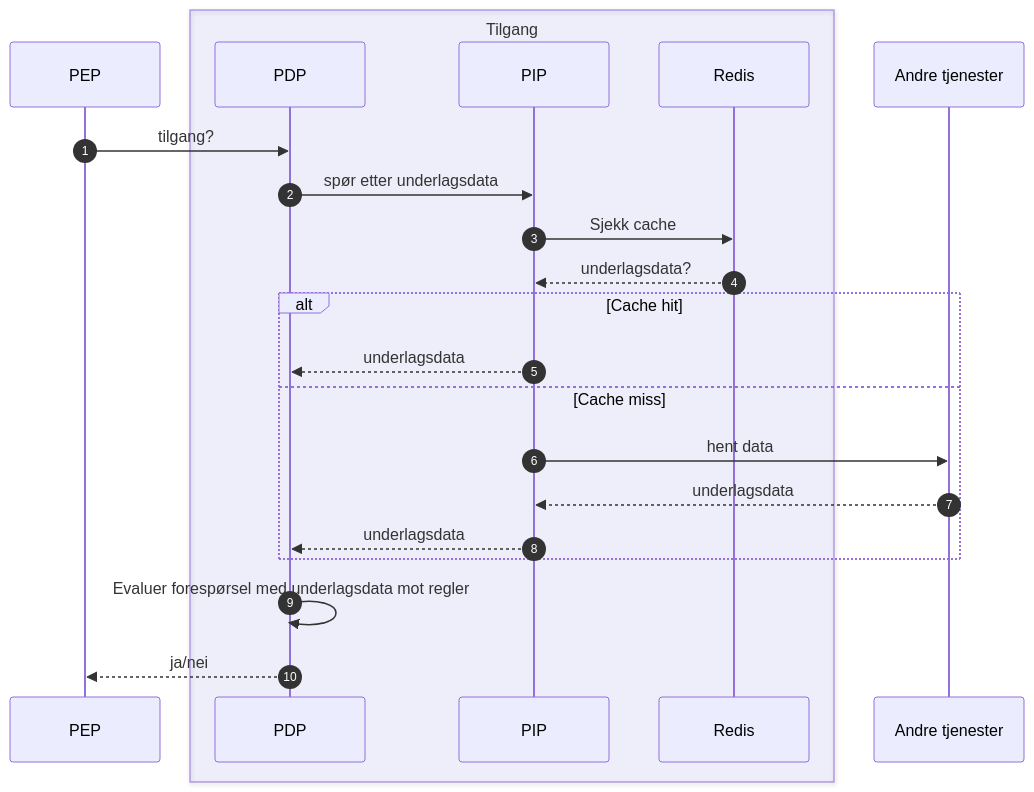
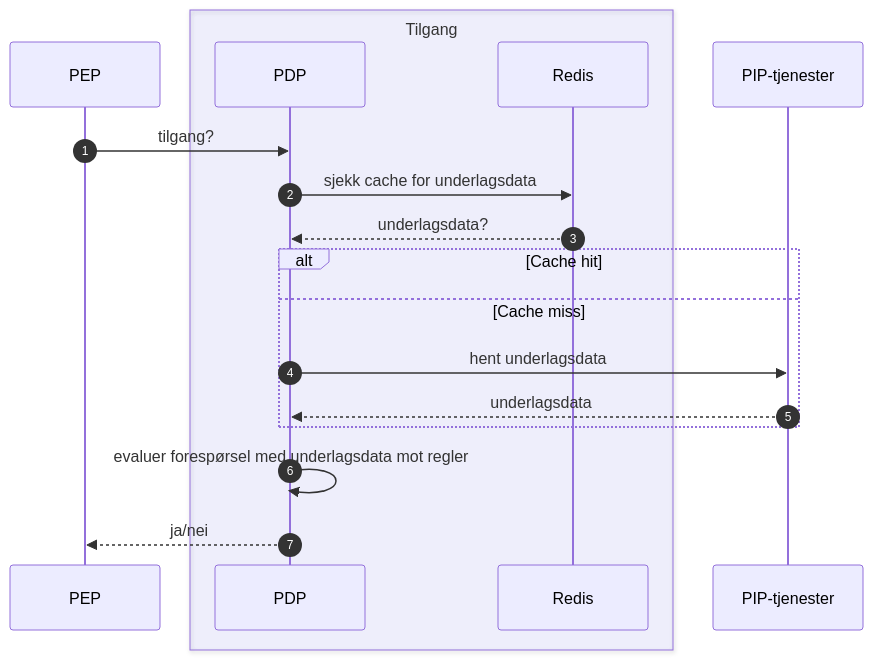
One commit to navikt/aap-intern-sysdok changed the diagram in docs/funksjonalitet/11_Tilgangsstyring/teknisk.md. Above: the diagram before and after it, drawn with Mermaid. The commit also changed other lines of this file, not shown here.

````diff
--- a/docs/funksjonalitet/11_Tilgangsstyring/teknisk.md
+++ b/docs/funksjonalitet/11_Tilgangsstyring/teknisk.md
@@ -9,26 +9,21 @@
 ```mermaid
 sequenceDiagram
     autonumber
     PEP->>PDP: tilgang?
         box rgba(0, 0, 255, .05) Tilgang 
         participant PDP
-        participant PIP
         participant Redis
     end
-    PDP->>PIP: spør etter underlagsdata
-    PIP->>Redis: Sjekk cache
-    Redis-->>PIP: underlagsdata?
+    PDP->>Redis: sjekk cache for underlagsdata
+    Redis-->>PDP: underlagsdata?
 
     alt Cache hit
-        PIP-->>PDP: underlagsdata
     else Cache miss
-
-        PIP->>Andre tjenester: hent data
-        Andre tjenester-->>PIP: underlagsdata
-        PIP-->>PDP: underlagsdata
+        PDP->>PIP-tjenester: hent underlagsdata
+        PIP-tjenester-->>PDP: underlagsdata
     end
 
-    PDP->>PDP: Evaluer forespørsel med underlagsdata mot regler
+    PDP->>PDP: evaluer forespørsel med underlagsdata mot regler
     PDP-->>PEP: ja/nei
 
 ```
````
